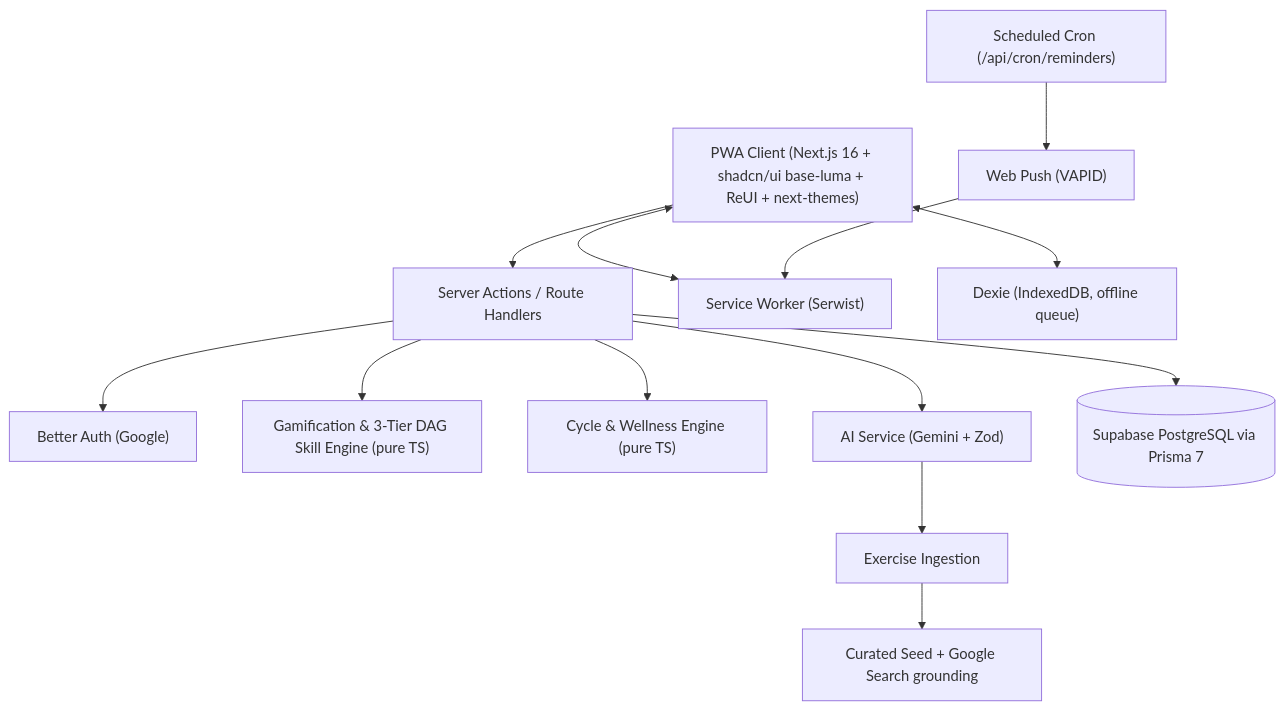
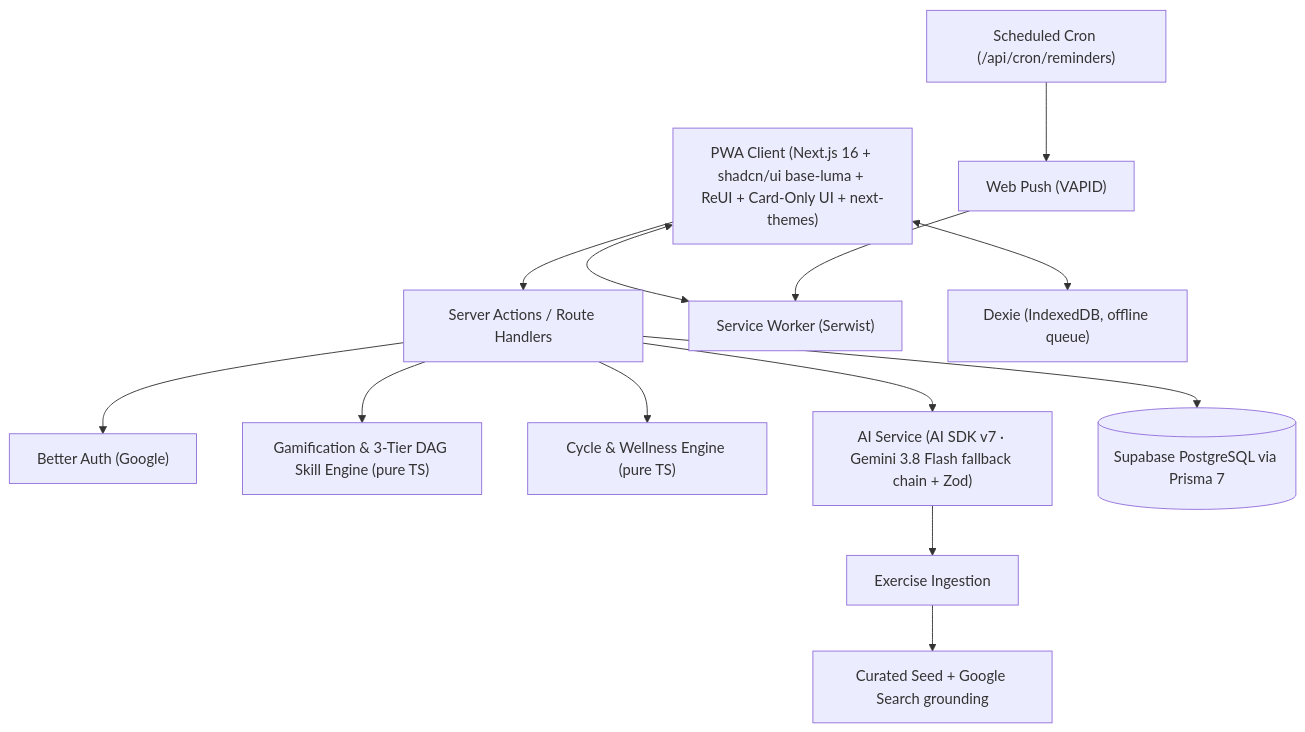
One commit to HaqqiS/Level-UP-Project changed the first of 3 diagrams in docs/ARCHITECTURE.md. Above: the diagram before and after it, drawn with Mermaid. The commit also changed other lines of this file and 3 other files, not shown here.

Commit message:
docs: sync README, PRD, architecture, and ADRs with current v2 state

````diff
--- a/docs/ARCHITECTURE.md
+++ b/docs/ARCHITECTURE.md
@@ -5,15 +5,15 @@
 ```mermaid
 flowchart TD
-  C["PWA Client (Next.js 16 + shadcn/ui base-luma + ReUI + next-themes)"] --> SA["Server Actions / Route Handlers"]
+  C["PWA Client (Next.js 16 + shadcn/ui base-luma + ReUI + Card-Only UI + next-themes)"] --> SA["Server Actions / Route Handlers"]
   C <--> SW["Service Worker (Serwist)"]
   C <--> DX["Dexie (IndexedDB, offline queue)"]
   CRON["Scheduled Cron (/api/cron/reminders)"] --> WP["Web Push (VAPID)"]
   WP --> SW
   SA --> BA["Better Auth (Google)"]
   SA --> GE["Gamification & 3-Tier DAG Skill Engine (pure TS)"]
   SA --> WE["Cycle & Wellness Engine (pure TS)"]
-  SA --> AI["AI Service (Gemini + Zod)"]
+  SA --> AI["AI Service (AI SDK v7 · Gemini 3.8 Flash fallback chain + Zod)"]
   AI --> EX["Exercise Ingestion"]
   EX --> EXT["Curated Seed + Google Search grounding"]
   SA --> DB[("Supabase PostgreSQL via Prisma 7")]
 ```
````
